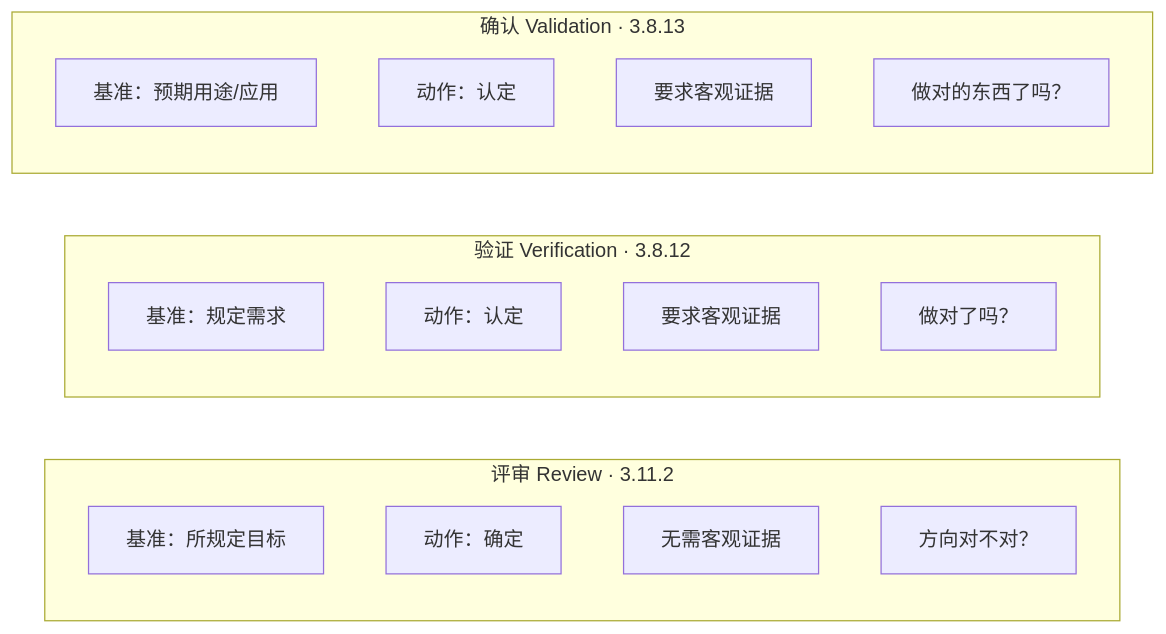
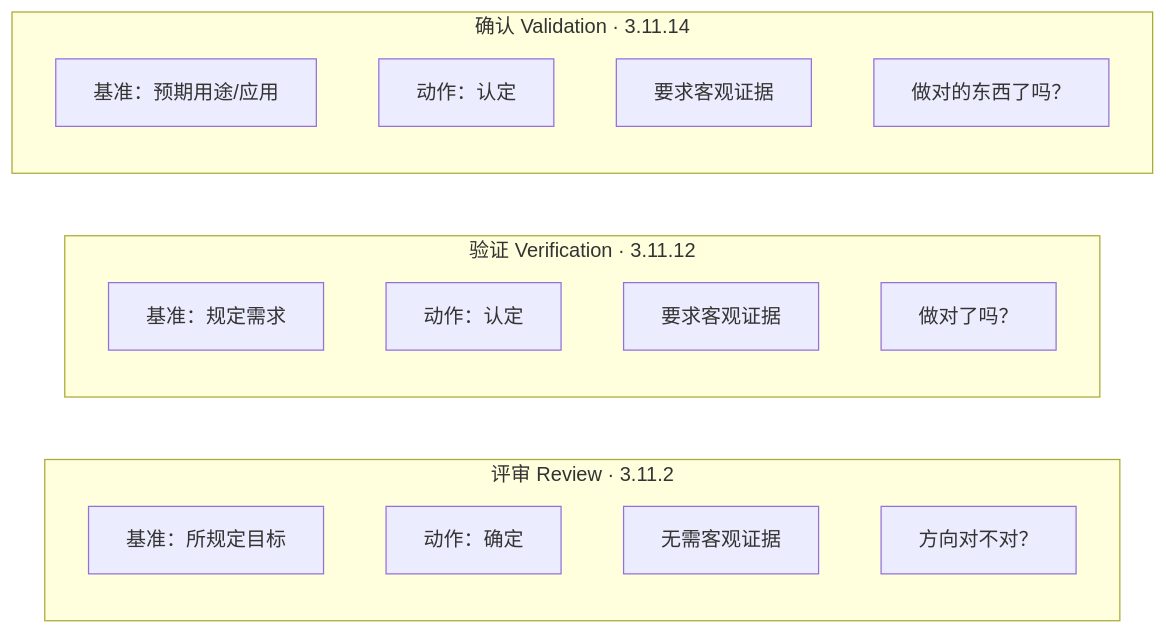
Before and after one commit to Yongjunzhou/AOS-system-design: the fifth of 21 diagrams in 100-subprojects/01-系统工程研究/00-系统工程相关研究报告/03-评审概念研究报告-从评审定义到需求管理.md, drawn with Mermaid. The commit also changed other lines of this file and 38 other files, not shown here.

````diff
--- a/100-subprojects/01-系统工程研究/00-系统工程相关研究报告/03-评审概念研究报告-从评审定义到需求管理.md
+++ b/100-subprojects/01-系统工程研究/00-系统工程相关研究报告/03-评审概念研究报告-从评审定义到需求管理.md
@@ -190,24 +201,24 @@
 ```mermaid
 flowchart LR
     subgraph R["评审 Review · 3.11.2"]
         direction TB
         R1["基准：所规定目标"]
         R2["动作：确定"]
         R3["无需客观证据"]
         R4["方向对不对？"]
     end
-    subgraph V["验证 Verification · 3.8.12"]
+    subgraph V["验证 Verification · 3.11.12"]
         direction TB
         V1["基准：规定需求"]
         V2["动作：认定"]
         V3["要求客观证据"]
         V4["做对了吗？"]
     end
-    subgraph L["确认 Validation · 3.8.13"]
+    subgraph L["确认 Validation · 3.11.14"]
         direction TB
         L1["基准：预期用途/应用"]
         L2["动作：认定"]
         L3["要求客观证据"]
         L4["做对的东西了吗？"]
     end
 ```
````
